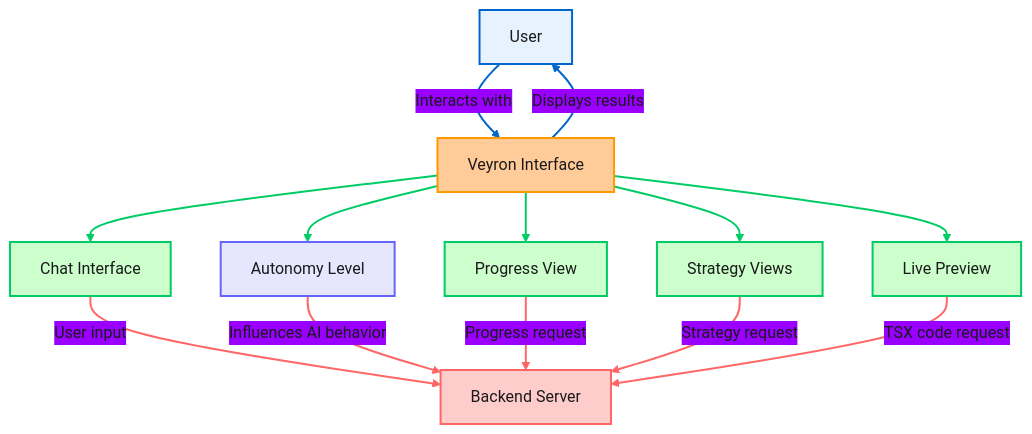
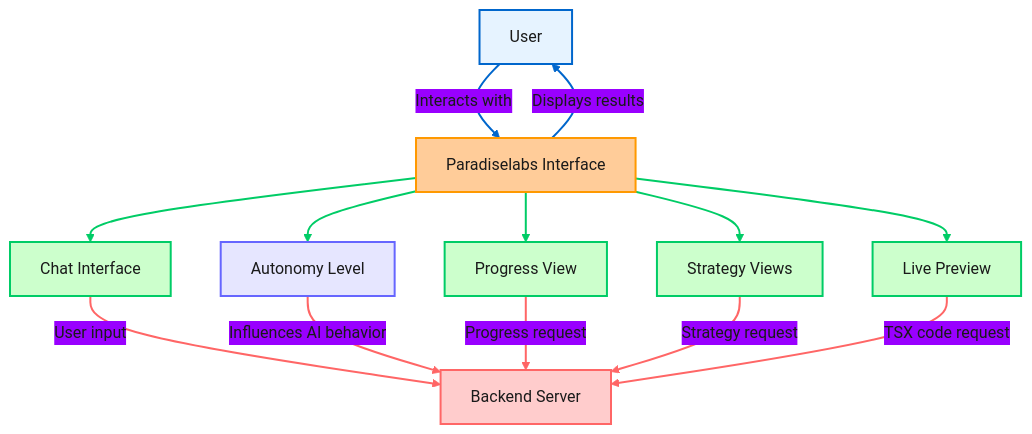
Before and after one commit to PlabsAI/Paradiselabs_website: the first of 2 diagrams in descriptive_files/Product_technical_overview.md, drawn with Mermaid. The commit also changed other lines of this file and 6 other files, not shown here.

````diff
--- a/descriptive_files/Product_technical_overview.md
+++ b/descriptive_files/Product_technical_overview.md
@@ -5,35 +5,35 @@
 ```mermaid
 %%{init: {'theme': 'base', 'themeVariables': { 'fontSize': '16px', 'fontFamily': 'Arial', 'primaryColor': '#ff9900', 'primaryTextColor': '#1a1a1a' }}}%%
 
 graph TD
-    A[User] -->|Interacts with| B[Veyron Interface]
+    A[User] -->|Interacts with| B[Paradiselabs Interface]
     B -->|Displays results| A
     
     B --> C[Chat Interface]
     B --> K[Autonomy Level]
     B --> D[Progress View]
     B --> E[Strategy Views]
     B --> F[Live Preview]
     
     C -->|User input| G[Backend Server]
     K -->|Influences AI behavior| G
     D -->|Progress request| G
     E -->|Strategy request| G
     F -->|TSX code request| G
     
     classDef user fill:#e6f3ff,stroke:#0066cc,stroke-width:2px;
     classDef interface fill:#ffcc99,stroke:#ff9900,stroke-width:2px;
     classDef component fill:#ccffcc,stroke:#00cc66,stroke-width:2px;
     classDef backend fill:#ffcccc,stroke:#ff6666,stroke-width:2px,color:#1a1a1a;
     classDef control fill:#e6e6ff,stroke:#6666ff,stroke-width:2px;
     
     class A user;
     class B interface;
     class C,D,E,F component;
     class G backend;
     class K control;
     
     linkStyle 0,1 stroke:#0066cc,stroke-width:2px;
     linkStyle 2,3,4,5,6 stroke:#00cc66,stroke-width:2px;
     linkStyle 7,8,9,10,11 stroke:#ff6666,stroke-width:2px;
 ```
````
